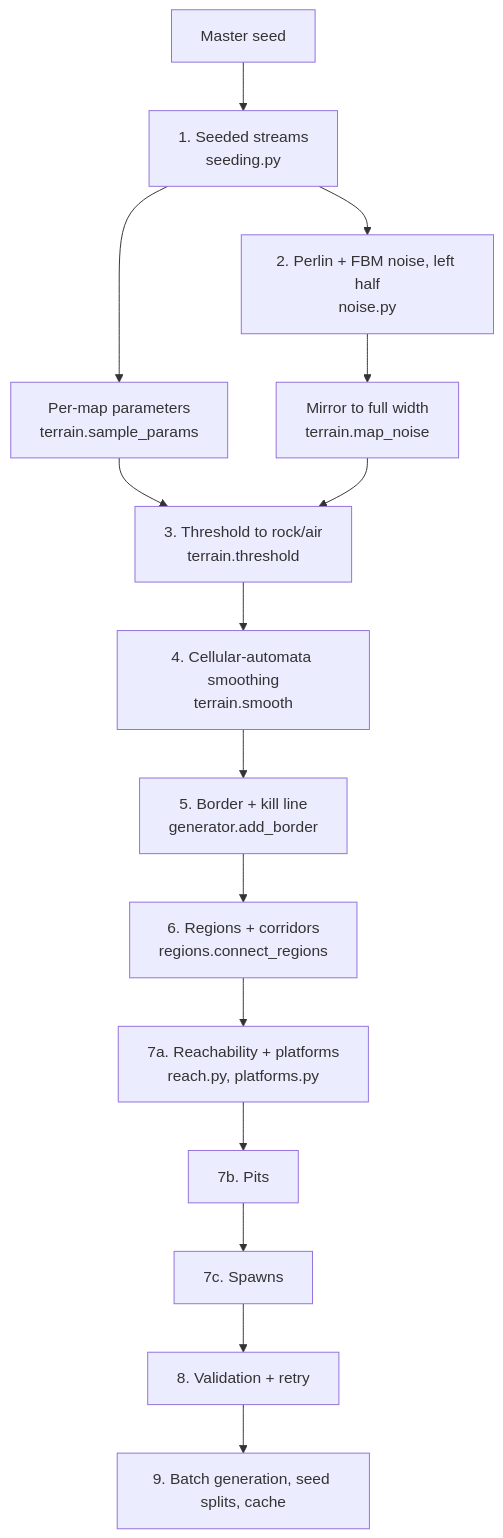
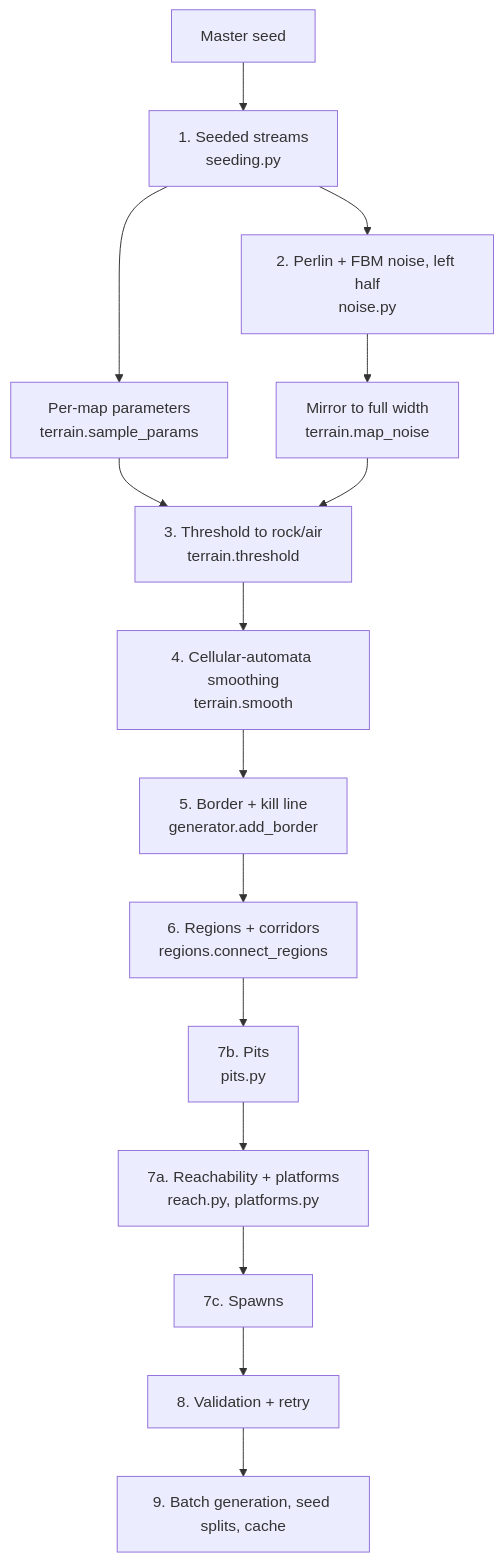
One commit to thekrishmellow/RL-Donut changed the first of 2 diagrams in docs/mapgen.md. Above: the diagram before and after it, drawn with Mermaid. The commit also changed other lines of this file and 11 other files, not shown here.

````diff
--- a/docs/mapgen.md
+++ b/docs/mapgen.md
@@ -20,17 +20,17 @@
 ```mermaid
 flowchart TD
     S[Master seed] --> P[1. Seeded streams<br/>seeding.py]
     P --> Q[Per-map parameters<br/>terrain.sample_params]
     P --> N[2. Perlin + FBM noise, left half<br/>noise.py]
     N --> MI[Mirror to full width<br/>terrain.map_noise]
     Q --> T[3. Threshold to rock/air<br/>terrain.threshold]
     MI --> T
     T --> C[4. Cellular-automata smoothing<br/>terrain.smooth]
     C --> M[5. Border + kill line<br/>generator.add_border]
     M --> RG[6. Regions + corridors<br/>regions.connect_regions]
-    RG --> PL[7a. Reachability + platforms<br/>reach.py, platforms.py]
-    PL --> PT[7b. Pits]
-    PT --> SP[7c. Spawns]
+    RG --> PT[7b. Pits<br/>pits.py]
+    PT --> PL[7a. Reachability + platforms<br/>reach.py, platforms.py]
+    PL --> SP[7c. Spawns]
     SP --> V[8. Validation + retry]
     V --> B[9. Batch generation, seed splits, cache]
 ```
````
